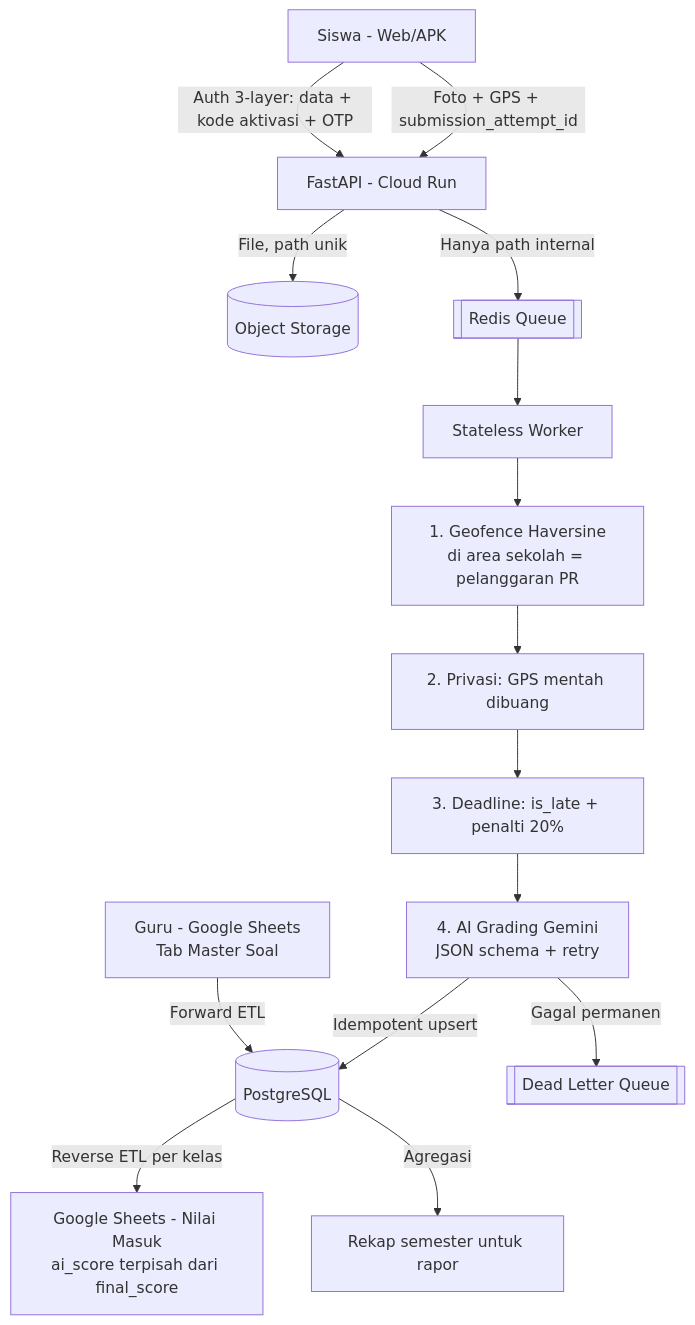
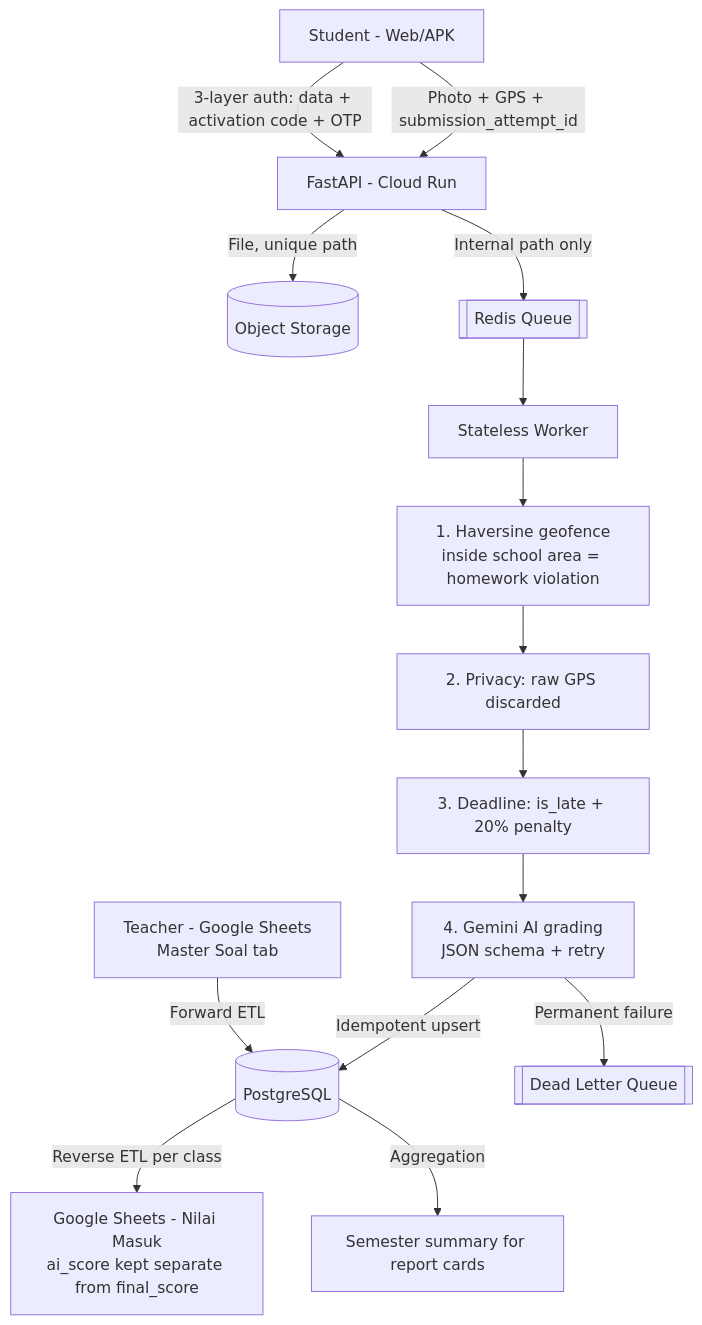
One commit to NafiulSaputra/spasi-homework-pipeline changed the diagram in README.md. Above: the diagram before and after it, drawn with Mermaid. The commit also changed other lines of this file, not shown here.

````diff
--- a/README.md
+++ b/README.md
@@ -9,17 +9,17 @@
 ```mermaid
 flowchart TD
-    G[Guru - Google Sheets<br/>Tab Master Soal] -->|Forward ETL| DB[(PostgreSQL)]
-    S[Siswa - Web/APK] -->|Auth 3-layer: data + kode aktivasi + OTP| API[FastAPI - Cloud Run]
-    S -->|Foto + GPS + submission_attempt_id| API
-    API -->|File, path unik| ST[(Object Storage)]
-    API -->|Hanya path internal| Q[[Redis Queue]]
+    G[Teacher - Google Sheets<br/>Master Soal tab] -->|Forward ETL| DB[(PostgreSQL)]
+    S[Student - Web/APK] -->|3-layer auth: data + activation code + OTP| API[FastAPI - Cloud Run]
+    S -->|Photo + GPS + submission_attempt_id| API
+    API -->|File, unique path| ST[(Object Storage)]
+    API -->|Internal path only| Q[[Redis Queue]]
     Q --> W[Stateless Worker]
-    W --> W1[1. Geofence Haversine<br/>di area sekolah = pelanggaran PR]
-    W1 --> W2[2. Privasi: GPS mentah dibuang]
-    W2 --> W3[3. Deadline: is_late + penalti 20%]
-    W3 --> W4[4. AI Grading Gemini<br/>JSON schema + retry]
-    W4 -->|Gagal permanen| DLQ[[Dead Letter Queue]]
+    W --> W1[1. Haversine geofence<br/>inside school area = homework violation]
+    W1 --> W2[2. Privacy: raw GPS discarded]
+    W2 --> W3[3. Deadline: is_late + 20% penalty]
+    W3 --> W4[4. Gemini AI grading<br/>JSON schema + retry]
+    W4 -->|Permanent failure| DLQ[[Dead Letter Queue]]
     W4 -->|Idempotent upsert| DB
-    DB -->|Reverse ETL per kelas| GS[Google Sheets - Nilai Masuk<br/>ai_score terpisah dari final_score]
-    DB -->|Agregasi| R[Rekap semester untuk rapor]
+    DB -->|Reverse ETL per class| GS[Google Sheets - Nilai Masuk<br/>ai_score kept separate from final_score]
+    DB -->|Aggregation| R[Semester summary for report cards]
 ```
````
